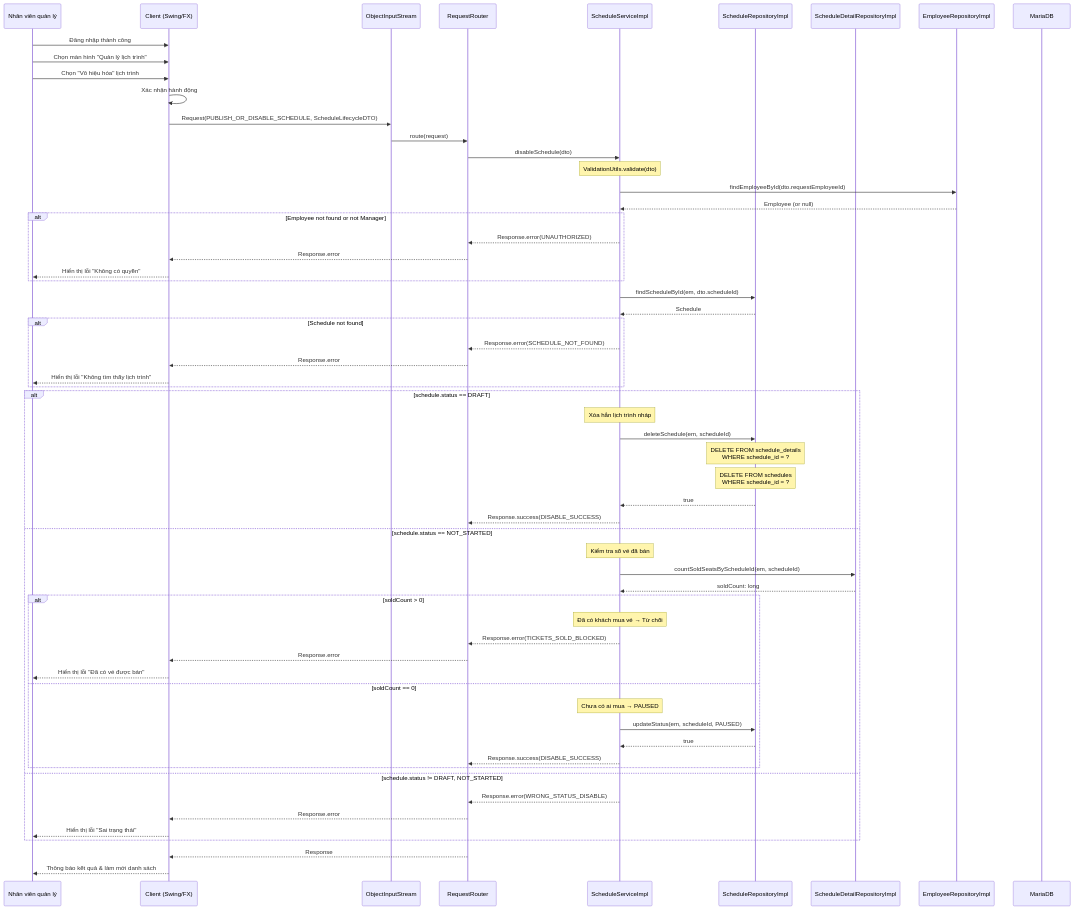
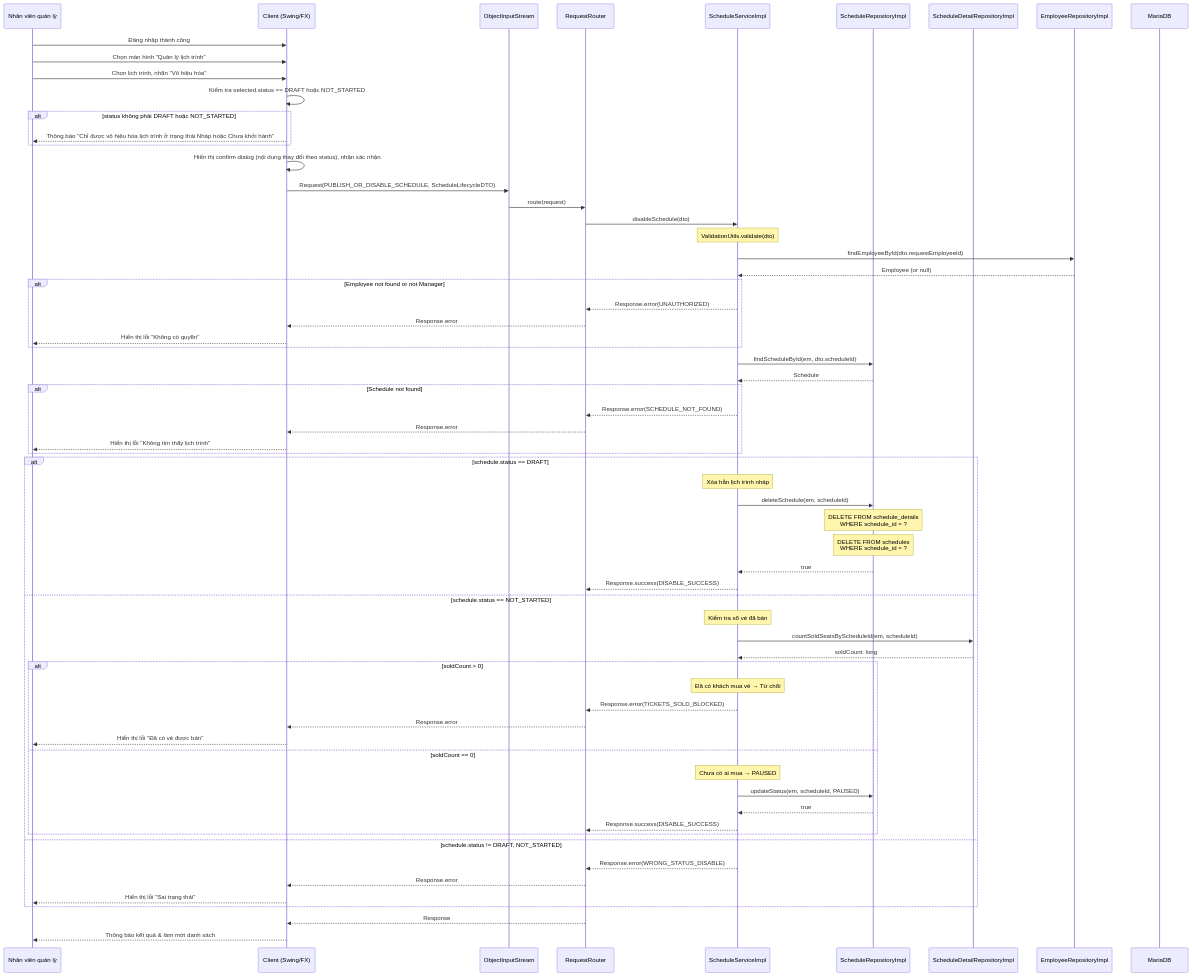
Before and after one commit to Distributed-Programing-Project/railway-reservation-system-server: the second of 4 diagrams in docs/diagrams/sequence/uc008-vo-hieu-hoa-va-phat-trien-lich-trinh.md, drawn with Mermaid. The commit also changed other lines of this file and 4 other files, not shown here.

````diff
--- a/docs/diagrams/sequence/uc008-vo-hieu-hoa-va-phat-trien-lich-trinh.md
+++ b/docs/diagrams/sequence/uc008-vo-hieu-hoa-va-phat-trien-lich-trinh.md
@@ -68,71 +68,75 @@
 ```mermaid
 sequenceDiagram
     participant User as Nhân viên quản lý
     participant UI as Client (Swing/FX)
     participant OIS as ObjectInputStream
     participant RR as RequestRouter
     participant SS as ScheduleServiceImpl
     participant SR as ScheduleRepositoryImpl
     participant SDR as ScheduleDetailRepositoryImpl
     participant ER as EmployeeRepositoryImpl
     participant DB as MariaDB
 
     User->>UI: Đăng nhập thành công
     User->>UI: Chọn màn hình "Quản lý lịch trình"
-    User->>UI: Chọn "Vô hiệu hóa" lịch trình
-    UI->>UI: Xác nhận hành động
+    User->>UI: Chọn lịch trình, nhấn "Vô hiệu hóa"
+    UI->>UI: Kiểm tra selected.status == DRAFT hoặc NOT_STARTED
+    alt status không phải DRAFT hoặc NOT_STARTED
+        UI-->>User: Thông báo "Chỉ được vô hiệu hóa lịch trình ở trạng thái Nháp hoặc Chưa khởi hành"
+    end
+    UI->>UI: Hiển thị confirm dialog (nội dung thay đổi theo status), nhận xác nhận
     UI->>OIS: Request(PUBLISH_OR_DISABLE_SCHEDULE, ScheduleLifecycleDTO)
     OIS->>RR: route(request)
     RR->>SS: disableSchedule(dto)
 
     Note over SS: ValidationUtils.validate(dto)
     SS->>ER: findEmployeeById(dto.requestEmployeeId)
     ER-->>SS: Employee (or null)
 
     alt Employee not found or not Manager
         SS-->>RR: Response.error(UNAUTHORIZED)
         RR-->>UI: Response.error
         UI-->>User: Hiển thị lỗi "Không có quyền"
     end
 
     SS->>SR: findScheduleById(em, dto.scheduleId)
     SR-->>SS: Schedule
 
     alt Schedule not found
         SS-->>RR: Response.error(SCHEDULE_NOT_FOUND)
         RR-->>UI: Response.error
         UI-->>User: Hiển thị lỗi "Không tìm thấy lịch trình"
     end
 
     alt schedule.status == DRAFT
         Note over SS: Xóa hẳn lịch trình nháp
         SS->>SR: deleteSchedule(em, scheduleId)
         Note over SR: DELETE FROM schedule_details<br/>WHERE schedule_id = ?
         Note over SR: DELETE FROM schedules<br/>WHERE schedule_id = ?
         SR-->>SS: true
         SS-->>RR: Response.success(DISABLE_SUCCESS)
     else schedule.status == NOT_STARTED
         Note over SS: Kiểm tra số vé đã bán
         SS->>SDR: countSoldSeatsByScheduleId(em, scheduleId)
         SDR-->>SS: soldCount: long
 
         alt soldCount > 0
             Note over SS: Đã có khách mua vé → Từ chối
             SS-->>RR: Response.error(TICKETS_SOLD_BLOCKED)
             RR-->>UI: Response.error
             UI-->>User: Hiển thị lỗi "Đã có vé được bán"
         else soldCount == 0
             Note over SS: Chưa có ai mua → PAUSED
             SS->>SR: updateStatus(em, scheduleId, PAUSED)
             SR-->>SS: true
             SS-->>RR: Response.success(DISABLE_SUCCESS)
         end
     else schedule.status != DRAFT, NOT_STARTED
         SS-->>RR: Response.error(WRONG_STATUS_DISABLE)
         RR-->>UI: Response.error
         UI-->>User: Hiển thị lỗi "Sai trạng thái"
     end
 
     RR-->>UI: Response
     UI-->>User: Thông báo kết quả & làm mới danh sách
 ```
````
